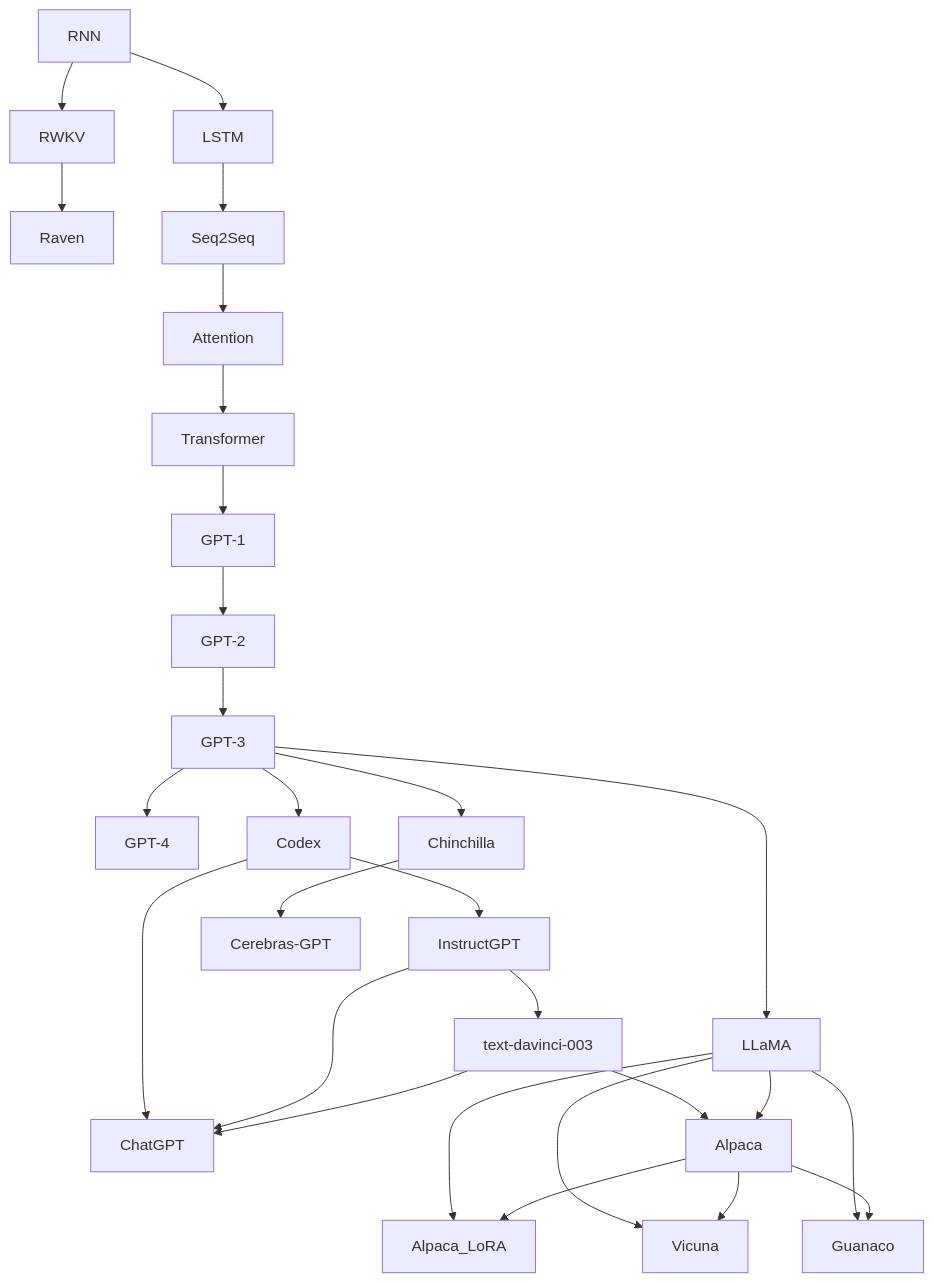
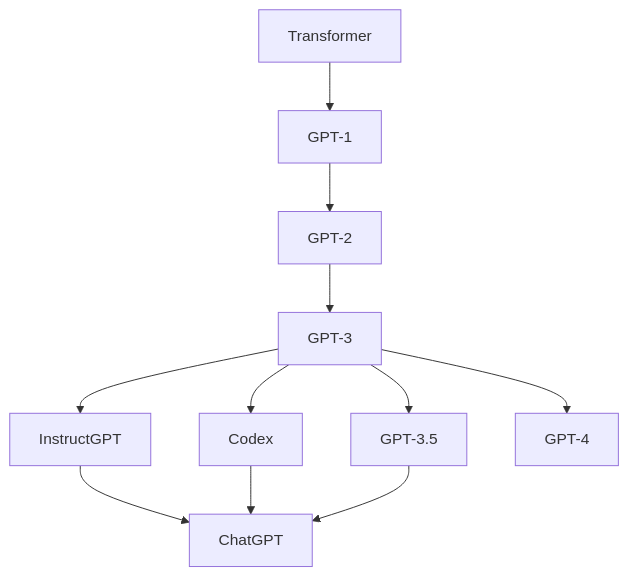
The fourth of 7 diagrams in doc/llm.md (ted-sharp/chatvox), drawn with Mermaid before and after one commit. The commit also changed other lines of this file, not shown here.

````diff
--- a/doc/llm.md
+++ b/doc/llm.md
@@ -125,28 +145,9 @@
 ```mermaid
 flowchart
 
-RNN --> LSTM
-RNN --> RWKV --> Raven
-LSTM --> Seq2Seq --> Attention --> Transformer --> GPT-1
-
-
-GPT-1 --> GPT-2 --> GPT-3 --> GPT-4
-
-GPT-3 --> Codex --> InstructGPT --> text-davinci-003
-Codex --> ChatGPT
-InstructGPT --> ChatGPT
-text-davinci-003 --> ChatGPT
-text-davinci-003 --> Alpaca
-
-GPT-3  --> LLaMA
-LLaMA --> Alpaca
-LLaMA --> Alpaca_LoRA
-LLaMA --> Vicuna
-LLaMA --> Guanaco
-Alpaca --> Alpaca_LoRA
-Alpaca --> Vicuna
-Alpaca --> Guanaco
-
-GPT-3 --> Chinchilla --> Cerebras-GPT
-
+Transformer --> GPT-1 --> GPT-2 --> GPT-3
+GPT-3 --> InstructGPT --> ChatGPT
+GPT-3 --> Codex --> ChatGPT
+GPT-3 --> GPT-3.5 --> ChatGPT
+GPT-3 --> GPT-4
 ```
````
